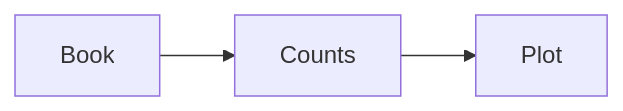
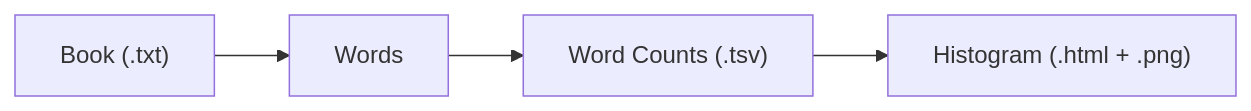
One commit to igorsdub/gecs-venv changed the diagram in README.md. Above: the diagram before and after it, drawn with Mermaid. The commit also changed other lines of this file and 4 other files, not shown here.

````diff
--- a/README.md
+++ b/README.md
@@ -100,4 +5,6 @@
 ```mermaid
 flowchart LR
-    Book --> Counts --> Plot
+    Book["Book (.txt)"] --> Words["Words"]
+    Words --> Counts["Word Counts (.tsv)"]
+    Counts --> Histogram["Histogram (.html + .png)"]
 ```
````
